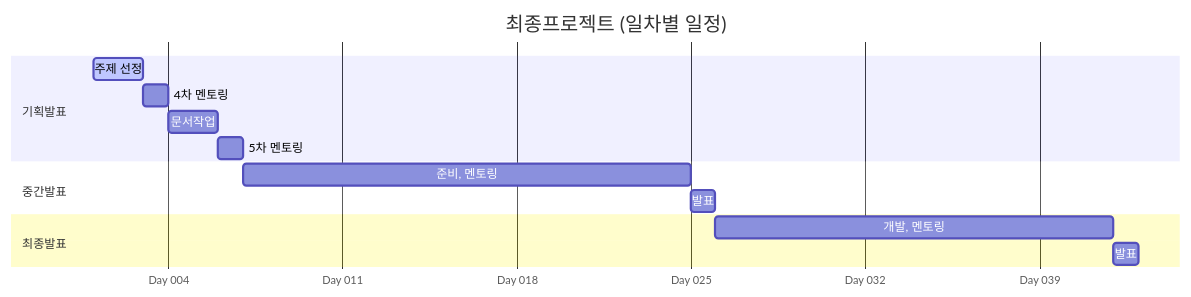
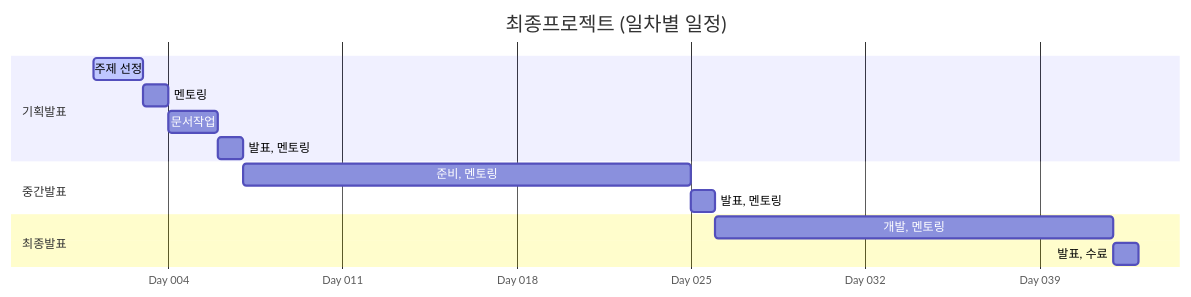
Before and after one commit to SAJOYO/.github: the second of 2 diagrams in profile/README.md, drawn with Mermaid.

Commit message:
Refactor mentoring and presentation tasks in README

````diff
--- a/profile/README.md
+++ b/profile/README.md
@@ -24,24 +24,24 @@
 ```mermaid
 gantt
     title 최종프로젝트 (일차별 일정)
     dateFormat  YYYY-MM-DD
     
     %% 축을 일수(Day 01, Day 05...) 형태로 표시하고 5일 단위로 눈금을 끕니다
     axisFormat Day %j
     tickInterval 5d
 
     section 기획발표
     주제 선정                : active, a1, 2026-01-01, 2d
-    4차 멘토링               : a2, after a1, 1d
+    멘토링                  : a2, after a1, 1d
     문서작업                 : a3, after a2, 2d
-    5차 멘토링               : a4, after a3, 1d
+    발표, 멘토링              : a4, after a3, 1d
 
     section 중간발표
     준비, 멘토링             : b1, after a4, 18d
-    발표                   : b2, after b1, 1d
+    발표, 멘토링             : b2, after b1, 1d
 
     section 최종발표
     개발, 멘토링             : c1, after b2, 16d
-    발표                   : c2, after c1, 1d
+    발표, 수료               : c2, after c1, 1d
 
 ```
````
